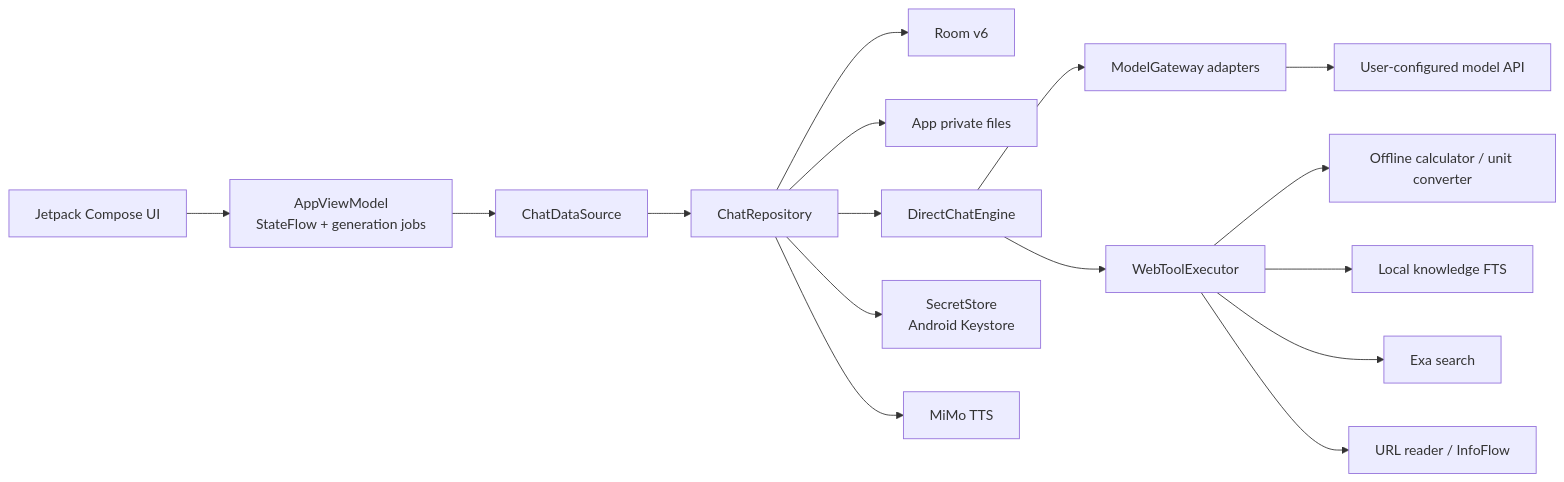
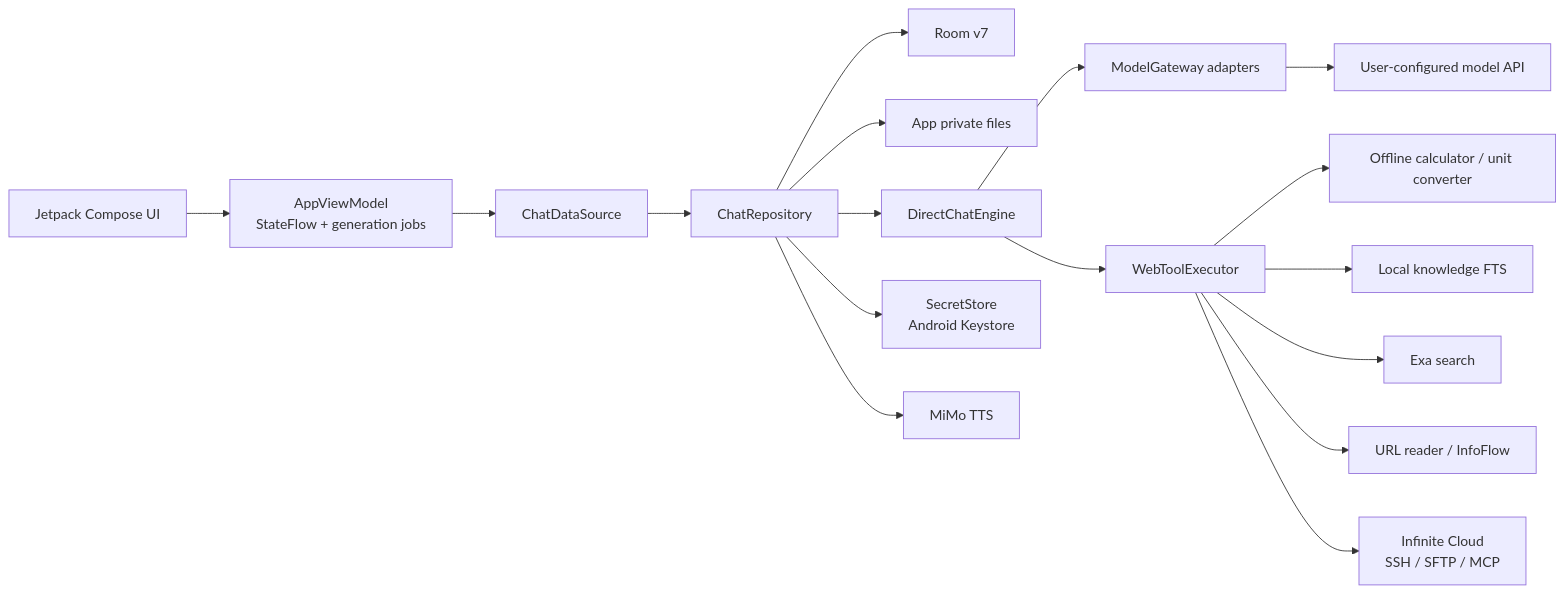
Before and after one commit to mekwenby/TokenFlowApp: the diagram in docs/ARCHITECTURE.md, drawn with Mermaid. The commit also changed other lines of this file and 44 other files, not shown here.

Commit message:
Release 2.5.1 with Infinite Cloud

````diff
--- a/docs/ARCHITECTURE.md
+++ b/docs/ARCHITECTURE.md
@@ -7,18 +7,19 @@
 ```mermaid
 flowchart LR
     UI["Jetpack Compose UI"] --> VM["AppViewModel\nStateFlow + generation jobs"]
     VM --> DS["ChatDataSource"]
     DS --> Repo["ChatRepository"]
-    Repo --> DB["Room v6"]
+    Repo --> DB["Room v7"]
     Repo --> Files["App private files"]
     Repo --> Engine["DirectChatEngine"]
     Engine --> Gateway["ModelGateway adapters"]
     Gateway --> Provider["User-configured model API"]
     Engine --> Tools["WebToolExecutor"]
     Tools --> Offline["Offline calculator / unit converter"]
     Tools --> KB["Local knowledge FTS"]
     Tools --> Exa["Exa search"]
     Tools --> Reader["URL reader / InfoFlow"]
+    Tools --> Cloud["Infinite Cloud\nSSH / SFTP / MCP"]
     Repo --> Secrets["SecretStore\nAndroid Keystore"]
     Repo --> TTS["MiMo TTS"]
 ```
````
